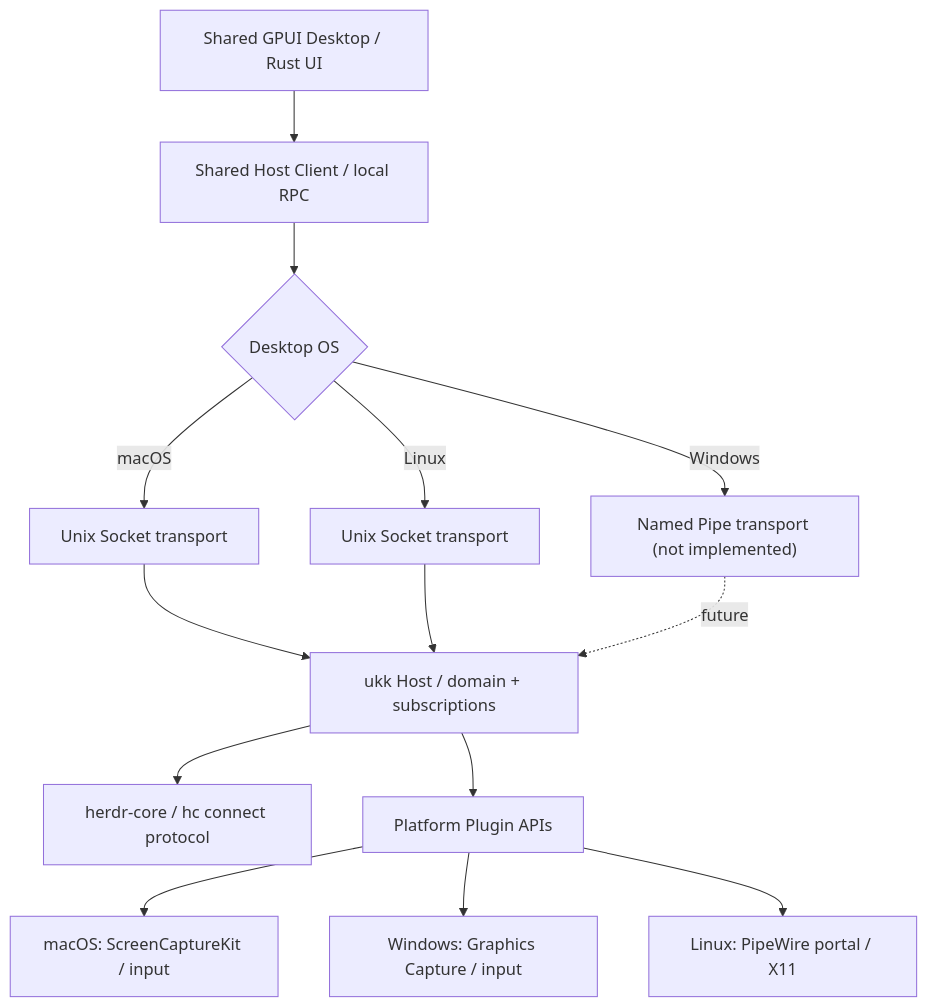
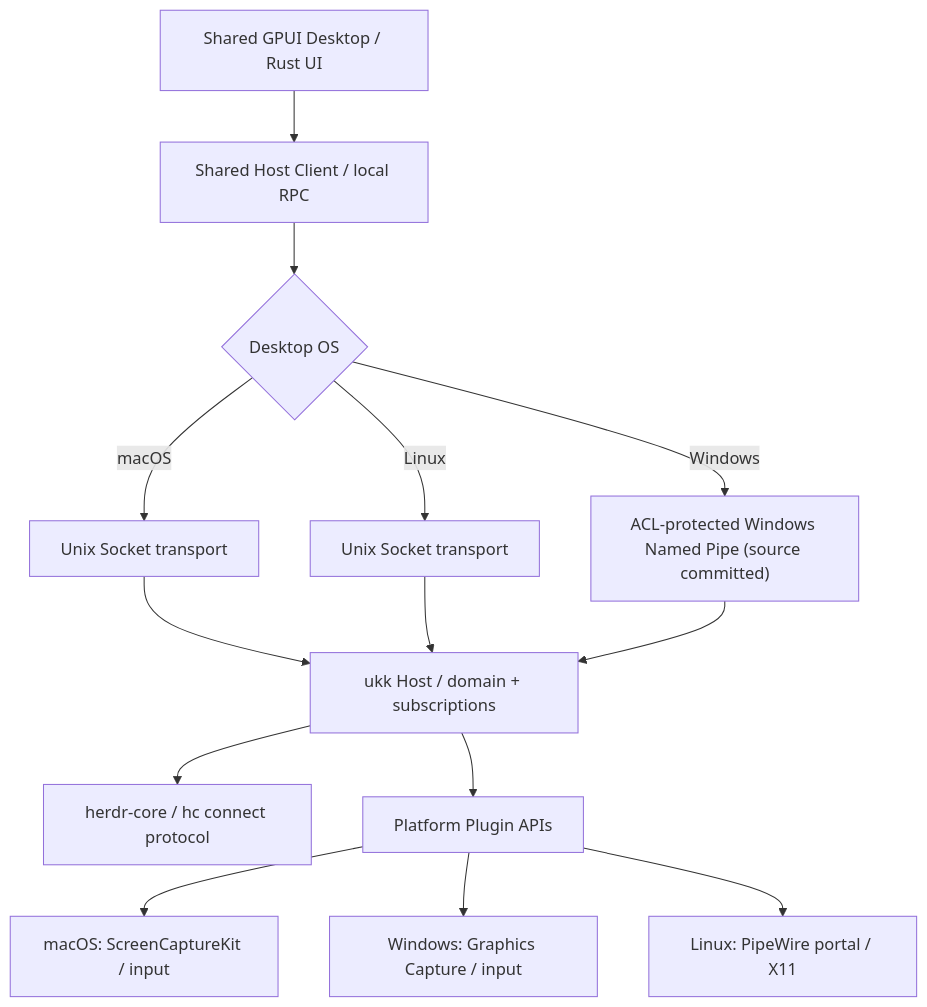
The diagram in docs/PLATFORM_SUPPORT.md (suj1e/ukk), drawn with Mermaid before and after one commit. The commit also changed other lines of this file, not shown here.

Commit message:
docs(windows): record IPC implementation and remaining safety/CI gates

````diff
--- a/docs/PLATFORM_SUPPORT.md
+++ b/docs/PLATFORM_SUPPORT.md
@@ -23,16 +23,16 @@
 ```mermaid
 flowchart TB
   UI["Shared GPUI Desktop / Rust UI"] --> C["Shared Host Client / local RPC"]
   C --> OS{Desktop OS}
   OS -->|macOS| U["Unix Socket transport"]
   OS -->|Linux| L["Unix Socket transport"]
-  OS -->|Windows| W["Named Pipe transport (not implemented)"]
+  OS -->|Windows| W["ACL-protected Windows Named Pipe (source committed)"]
   U --> H["ukk Host / domain + subscriptions"]
   L --> H
-  W -. future .-> H
+  W --> H
   H --> HC["herdr-core / hc connect protocol"]
   H --> P["Platform Plugin APIs"]
   P --> M["macOS: ScreenCaptureKit / input"]
   P --> NW["Windows: Graphics Capture / input"]
   P --> NL["Linux: PipeWire portal / X11"]
 ```
````
